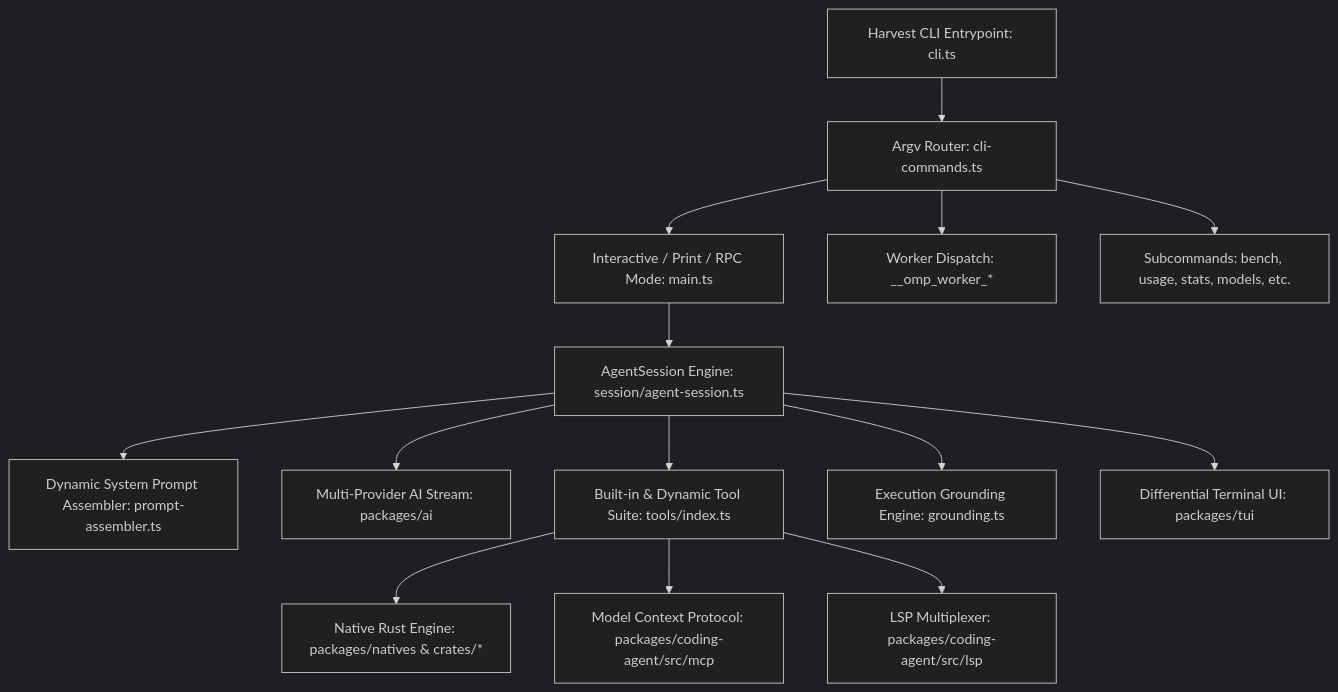
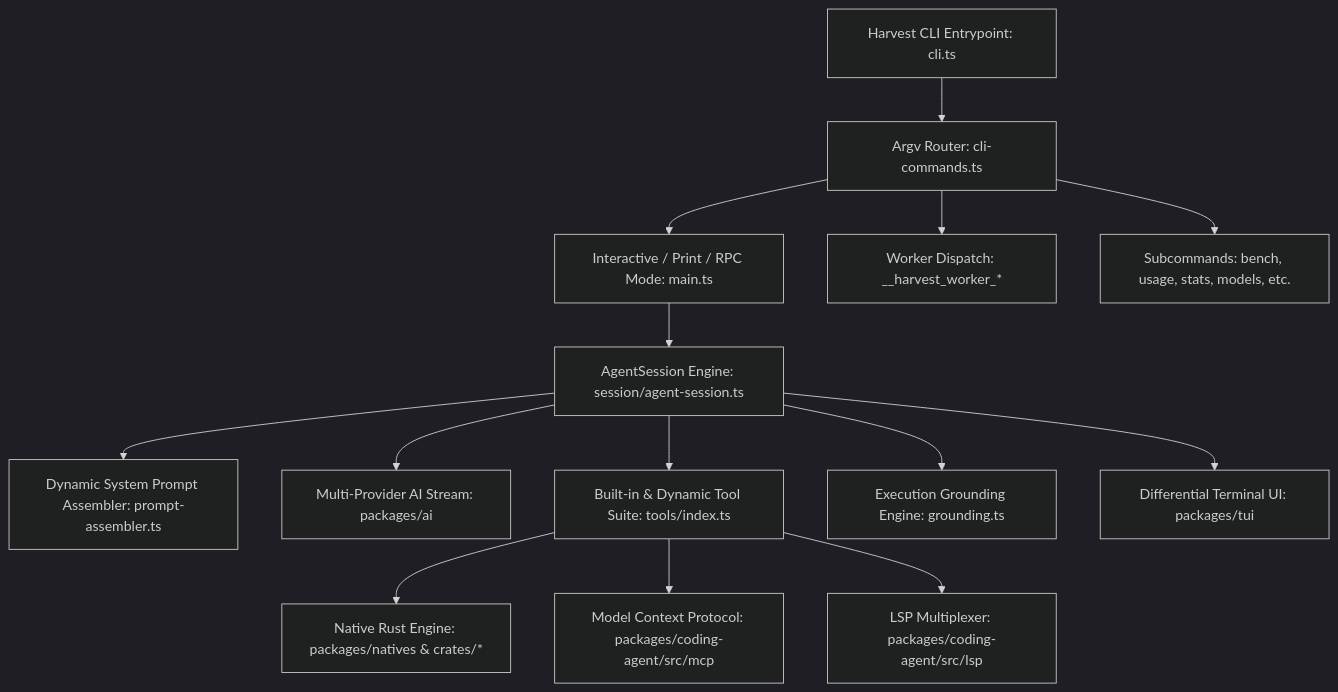
The first of 3 diagrams in HARVEST_CODEBASE_REFERENCE.md (Sanidhya14321/harvest), drawn with Mermaid (dark theme) before and after one commit. The commit also changed other lines of this file and 48 other files, not shown here.

````diff
--- a/HARVEST_CODEBASE_REFERENCE.md
+++ b/HARVEST_CODEBASE_REFERENCE.md
@@ -81,18 +81,18 @@
 ```mermaid
 graph TD
     CLI[Harvest CLI Entrypoint: cli.ts] --> ArgvRouter[Argv Router: cli-commands.ts]
     ArgvRouter --> LaunchMain[Interactive / Print / RPC Mode: main.ts]
-    ArgvRouter --> WorkerHost[Worker Dispatch: __omp_worker_*]
+    ArgvRouter --> WorkerHost[Worker Dispatch: __harvest_worker_*]
     ArgvRouter --> Subcommands[Subcommands: bench, usage, stats, models, etc.]
 
     LaunchMain --> AgentSession[AgentSession Engine: session/agent-session.ts]
     AgentSession --> SysPrompt[Dynamic System Prompt Assembler: prompt-assembler.ts]
     AgentSession --> AIClient[Multi-Provider AI Stream: packages/ai]
     AgentSession --> ToolRegistry[Built-in & Dynamic Tool Suite: tools/index.ts]
     AgentSession --> Grounding[Execution Grounding Engine: grounding.ts]
     AgentSession --> TUI[Differential Terminal UI: packages/tui]
 
     ToolRegistry --> NativeRust[Native Rust Engine: packages/natives & crates/*]
     ToolRegistry --> MCP[Model Context Protocol: packages/coding-agent/src/mcp]
     ToolRegistry --> LSP[LSP Multiplexer: packages/coding-agent/src/lsp]
 ```
````
